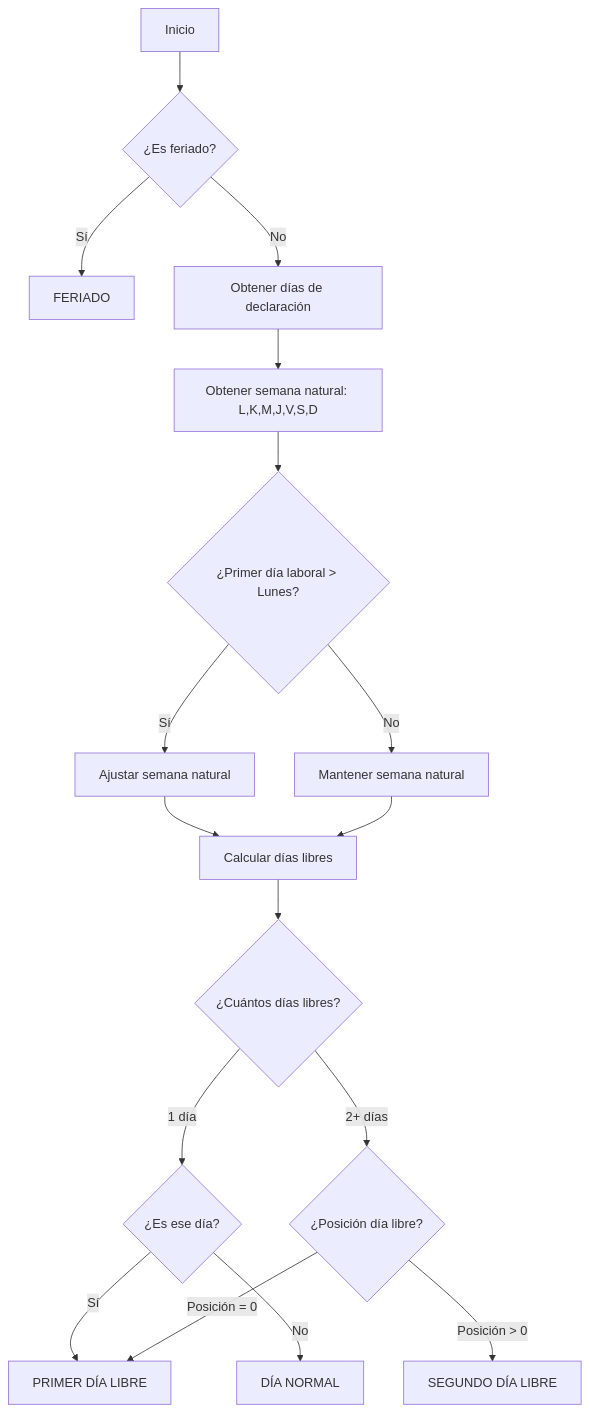
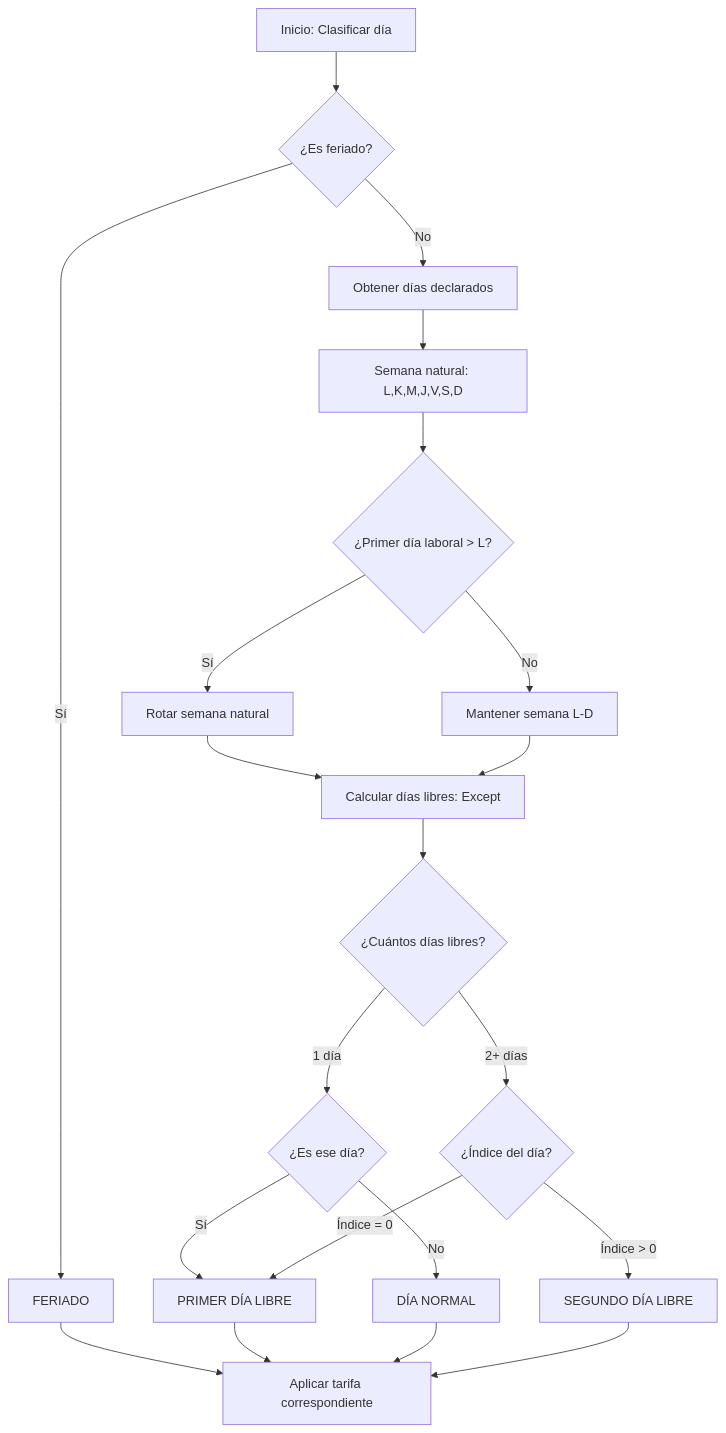
Before and after one commit to heinergc/UNED.Public.Html: the fourth of 10 diagrams in Calculo_Horas_Extras.md, drawn with Mermaid. The commit also changed other lines of this file and 1 other file, not shown here.

````diff
--- a/Calculo_Horas_Extras.md
+++ b/Calculo_Horas_Extras.md
@@ -97,19 +104,23 @@
 ```mermaid
 flowchart TD
-    A[Inicio] --> B{¿Es feriado?}
+    A[Inicio: Clasificar día] --> B{¿Es feriado?}
     B -->|Sí| C[FERIADO]
-    B -->|No| D[Obtener días de declaración]
-    D --> E[Obtener semana natural: L,K,M,J,V,S,D]
-    E --> F{¿Primer día laboral > Lunes?}
-    F -->|Sí| G[Ajustar semana natural]
-    F -->|No| H[Mantener semana natural]
-    G --> I[Calcular días libres]
+    B -->|No| D[Obtener días declarados]
+    D --> E[Semana natural: L,K,M,J,V,S,D]
+    E --> F{¿Primer día laboral > L?}
+    F -->|Sí| G[Rotar semana natural]
+    F -->|No| H[Mantener semana L-D]
+    G --> I[Calcular días libres: Except]
     H --> I
     I --> J{¿Cuántos días libres?}
     J -->|1 día| K{¿Es ese día?}
-    J -->|2+ días| L{¿Posición día libre?}
+    J -->|2+ días| L{¿Índice del día?}
     K -->|Sí| M[PRIMER DÍA LIBRE]
     K -->|No| N[DÍA NORMAL]
-    L -->|Posición > 0| O[SEGUNDO DÍA LIBRE]
-    L -->|Posición = 0| M
+    L -->|Índice > 0| O[SEGUNDO DÍA LIBRE]
+    L -->|Índice = 0| M
+    C --> P[Aplicar tarifa correspondiente]
+    M --> P
+    N --> P
+    O --> P
 ```
````
